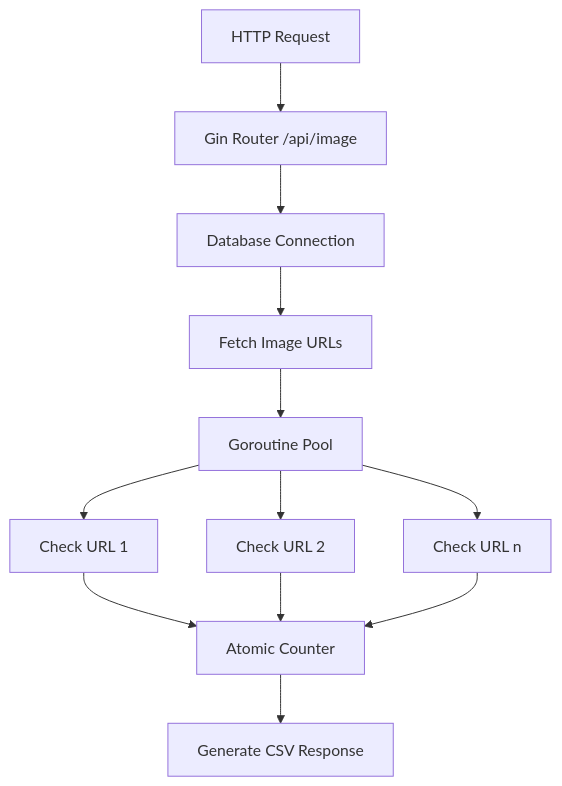
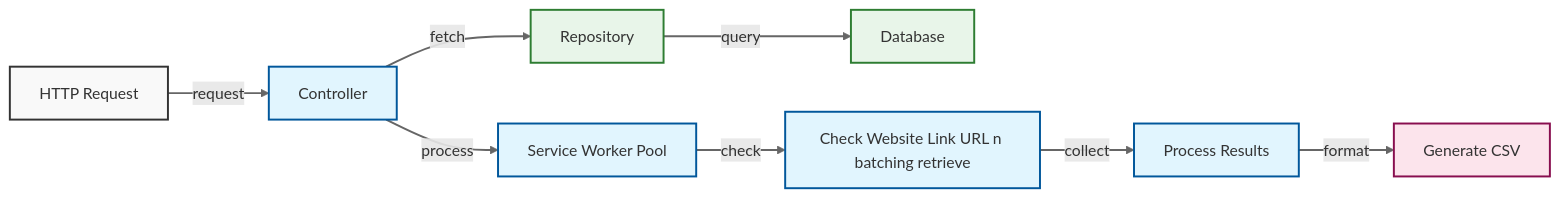
Before and after one commit to shennawardana23/image-identify: the diagram in README.md, drawn with Mermaid. The commit also changed other lines of this file and 17 other files, not shown here.

Commit message:
feat: website link checker

````diff
--- a/README.md
+++ b/README.md
@@ -3,14 +3,30 @@
 ```mermaid
-graph TD
-    A[HTTP Request] --> B[Gin Router /api/image]
-    B --> C[Database Connection]
-    C --> D[Fetch Image URLs]
-    D --> E[Goroutine Pool]
-    E --> F1[Check URL 1]
-    E --> F2[Check URL 2]
-    E --> F3[Check URL n]
-    F1 --> G[Atomic Counter]
-    F2 --> G
-    F3 --> G
-    G --> H[Generate CSV Response]
+graph LR
+    %% Styles
+    classDef default fill:#f9f9f9,stroke:#333,stroke-width:2px;
+    classDef process fill:#e1f5fe,stroke:#01579b,stroke-width:2px;
+    classDef database fill:#e8f5e9,stroke:#2e7d32,stroke-width:2px;
+    classDef response fill:#fce4ec,stroke:#880e4f,stroke-width:2px;
+
+    %% Nodes
+    A[HTTP Request]:::default
+    B[Controller]:::process
+    C[Repository]:::database
+    D[Database]:::database
+    E[Service Worker Pool]:::process
+    F1[Check Website Link URL n batching retrieve]:::process
+    G[Process Results]:::process
+    H[Generate CSV]:::response
+
+    %% Links with arrows
+    A --> |request| B
+    B --> |fetch| C
+    C --> |query| D
+    B --> |process| E
+    E --> |check| F1
+    F1 --> |collect| G
+    G --> |format| H
+
+    %% Link styles
+    linkStyle default stroke:#666,stroke-width:2px;
 ```
````
